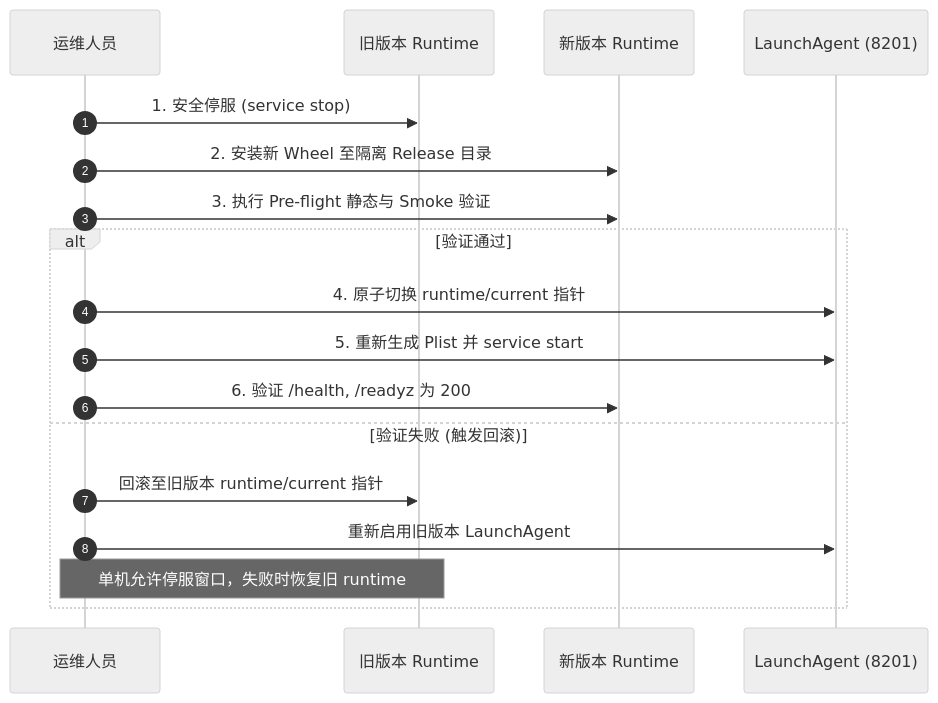
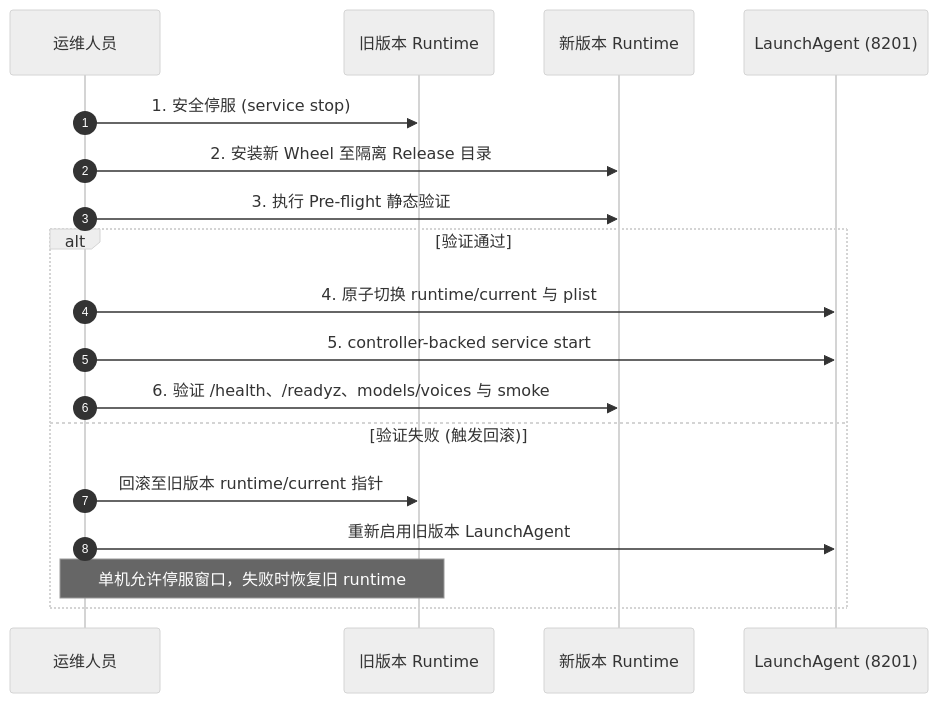
Before and after one commit to hrygo/SpeechRail: the third of 3 diagrams in docs/operations/operations-runbook.md, drawn with Mermaid (neutral theme). The commit also changed other lines of this file and 6 other files, not shown here.

````diff
--- a/docs/operations/operations-runbook.md
+++ b/docs/operations/operations-runbook.md
@@ -129,21 +131,21 @@
 ```mermaid
 sequenceDiagram
     autonumber
     participant SRE as 运维人员
     participant Old as 旧版本 Runtime
     participant New as 新版本 Runtime
     participant Agent as LaunchAgent (8201)
 
     SRE->>Old: 1. 安全停服 (service stop)
     SRE->>New: 2. 安装新 Wheel 至隔离 Release 目录
-    SRE->>New: 3. 执行 Pre-flight 静态与 Smoke 验证
+    SRE->>New: 3. 执行 Pre-flight 静态验证
     alt 验证通过
-        SRE->>Agent: 4. 原子切换 runtime/current 指针
-        SRE->>Agent: 5. 重新生成 Plist 并 service start
-        SRE->>New: 6. 验证 /health, /readyz 为 200
+        SRE->>Agent: 4. 原子切换 runtime/current 与 plist
+        SRE->>Agent: 5. controller-backed service start
+        SRE->>New: 6. 验证 /health、/readyz、models/voices 与 smoke
     else 验证失败 (触发回滚)
         SRE->>Old: 回滚至旧版本 runtime/current 指针
         SRE->>Agent: 重新启用旧版本 LaunchAgent
         Note over SRE,Old: 单机允许停服窗口，失败时恢复旧 runtime
     end
 ```
````
